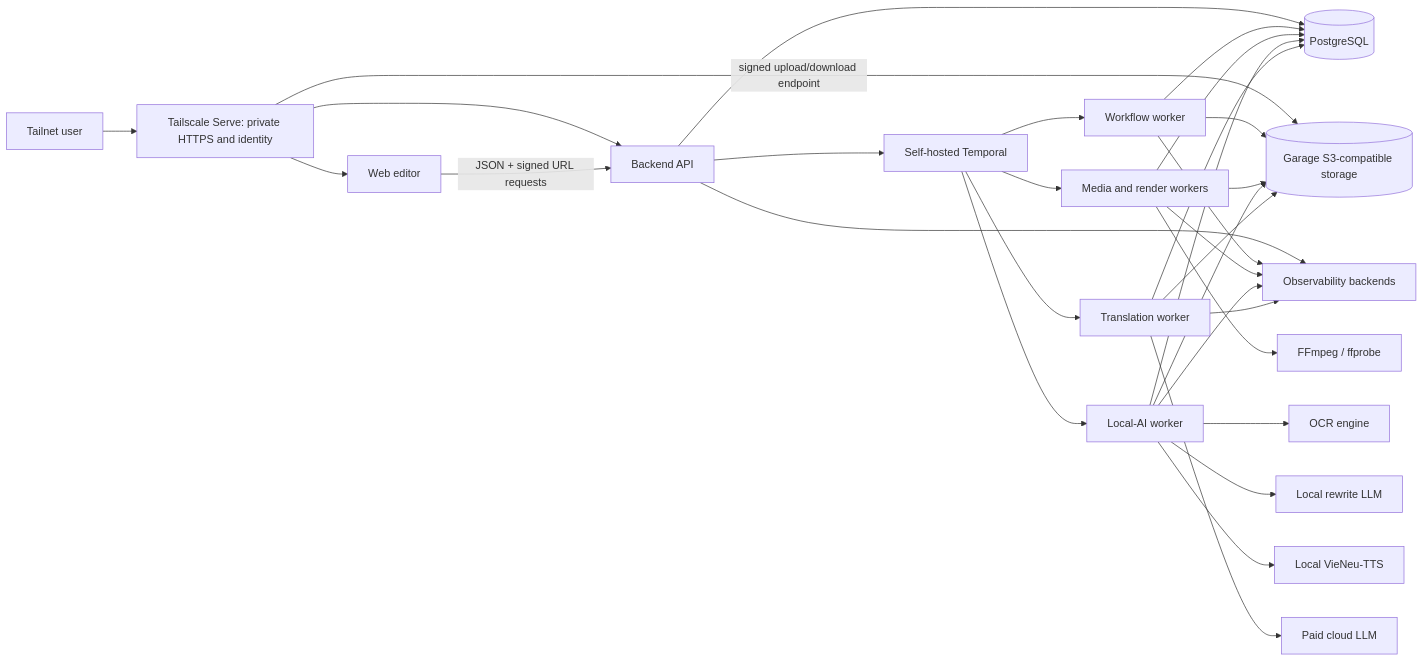
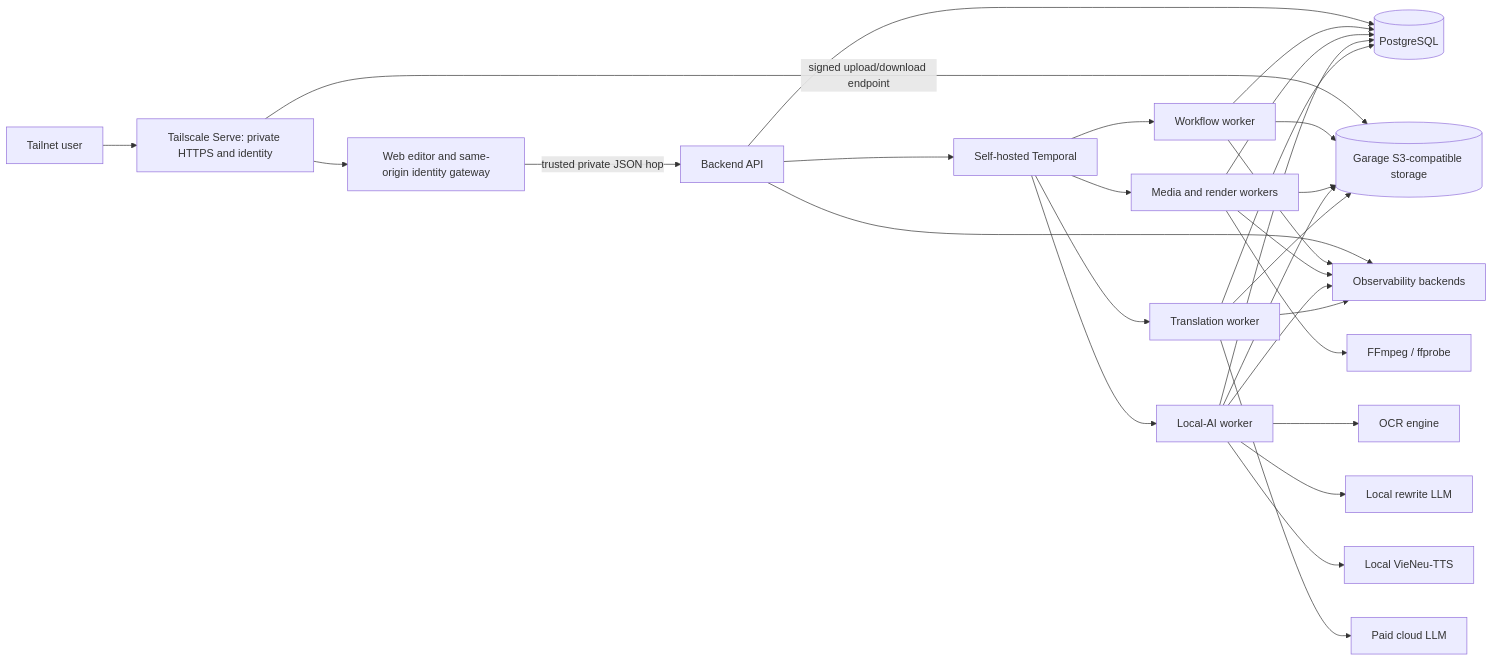
The diagram in docs/architecture.md (longnt27/auto-video-sub), drawn with Mermaid before and after one commit. The commit also changed other lines of this file and 73 other files, not shown here.

Commit message:
feat: complete phase 2 project upload flow

````diff
--- a/docs/architecture.md
+++ b/docs/architecture.md
@@ -9,32 +9,31 @@
 ```mermaid
 flowchart LR
   User[Tailnet user] --> TS[Tailscale Serve: private HTTPS and identity]
-  TS --> Web[Web editor]
-  TS --> API[Backend API]
+  TS --> Web[Web editor and same-origin identity gateway]
   TS -->|signed upload/download endpoint| Store[(Garage S3-compatible storage)]
-  Web -->|JSON + signed URL requests| API[Backend API]
+  Web -->|trusted private JSON hop| API[Backend API]
   API --> DB[(PostgreSQL)]
   API --> Temporal[Self-hosted Temporal]
   Temporal --> WorkflowW[Workflow worker]
   Temporal --> MediaW[Media and render workers]
   Temporal --> LocalAI[Local-AI worker]
   Temporal --> Translation[Translation worker]
   WorkflowW --> DB
   WorkflowW --> Store
   MediaW --> DB
   MediaW --> Store
   MediaW --> FFmpeg[FFmpeg / ffprobe]
   LocalAI --> DB
   LocalAI --> Store
   LocalAI --> OCR[OCR engine]
   LocalAI --> LocalLLM[Local rewrite LLM]
   LocalAI --> TTS[Local VieNeu-TTS]
   Translation --> DB
   Translation --> Store
   Translation --> CloudLLM[Paid cloud LLM]
   API --> Telemetry[Observability backends]
   WorkflowW --> Telemetry
   MediaW --> Telemetry
   LocalAI --> Telemetry
   Translation --> Telemetry
 ```
````
